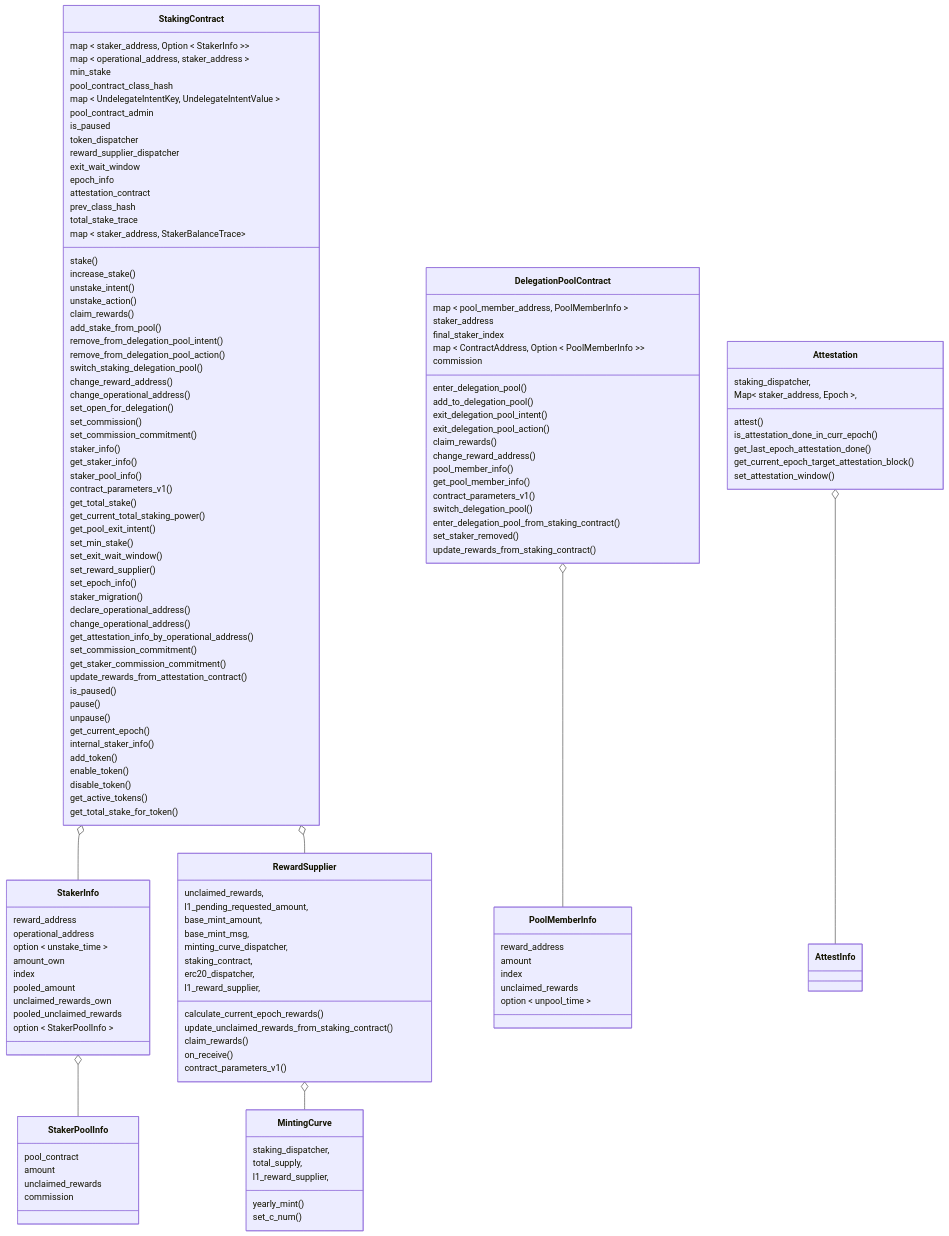
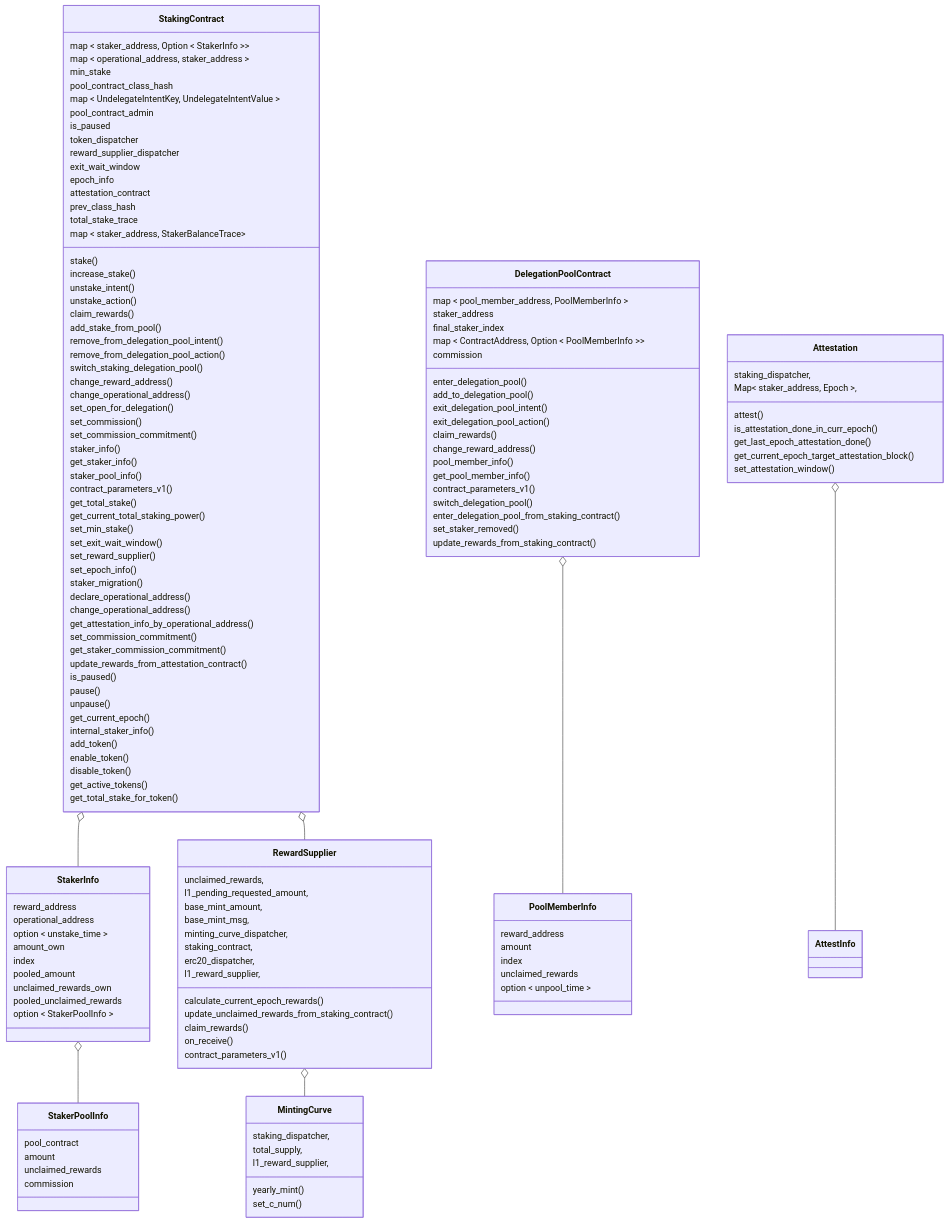
Before and after one commit to starkware-libs/starknet-staking: the first of 8 diagrams in workspace/apps/staking/docs/spec.md, drawn with Mermaid. The commit also changed other lines of this file and 4 other files, not shown here.

Commit message:
feat(staking): make get_pool_exit_intent internal (#4612)

```diff
--- a/workspace/apps/staking/docs/spec.md
+++ b/workspace/apps/staking/docs/spec.md
@@ -287,7 +286,6 @@
     contract_parameters_v1()
     get_total_stake()
     get_current_total_staking_power()
-    get_pool_exit_intent()
     set_min_stake()
     set_exit_wait_window()
     set_reward_supplier()
```
